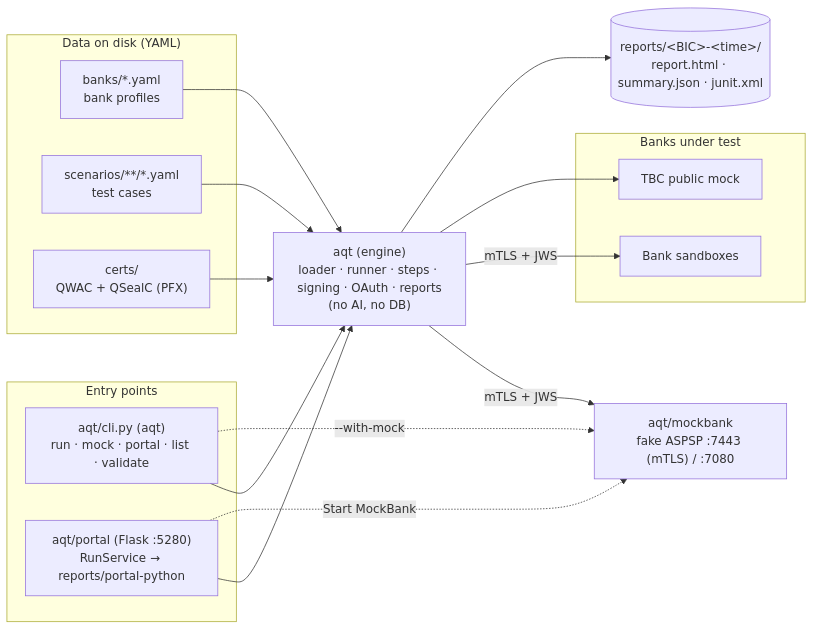
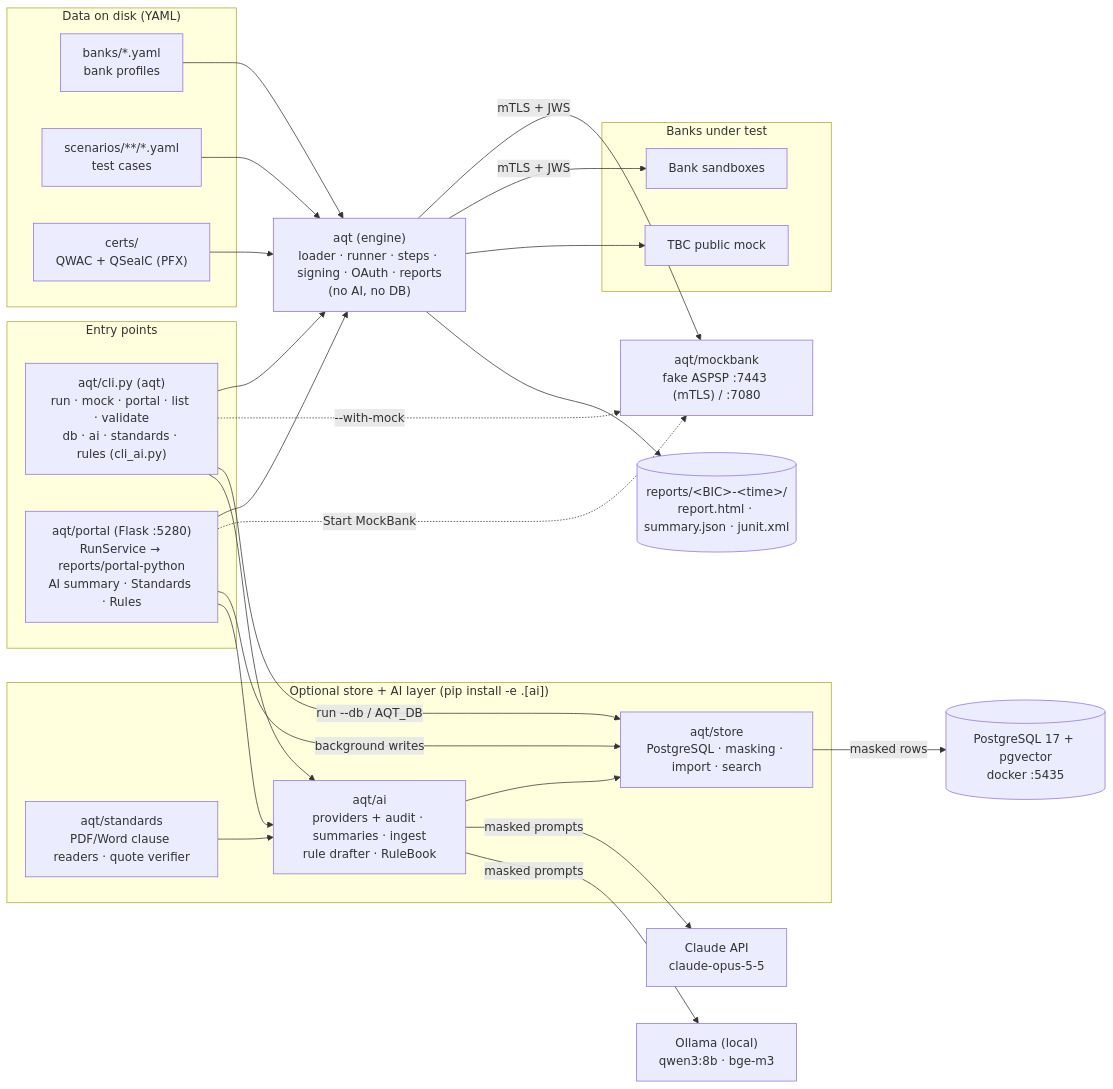
One commit to levan-petrosiani/Aurasoft-Monitoring changed the first of 6 diagrams in ARCHITECTURE.md. Above: the diagram before and after it, drawn with Mermaid. The commit also changed other lines of this file and 23 other files, not shown here.

First line of the commit message:
Python port: portal pages, tests and docs for the store/AI layer

````diff
--- a/ARCHITECTURE.md
+++ b/ARCHITECTURE.md
@@ -12,34 +12,53 @@
 ```mermaid
 flowchart LR
     subgraph Inputs["Data on disk (YAML)"]
         Banks["banks/*.yaml<br/>bank profiles"]
         Scen["scenarios/**/*.yaml<br/>test cases"]
         Certs["certs/<br/>QWAC + QSealC (PFX)"]
     end
 
     subgraph Hosts["Entry points"]
-        Cli["aqt/cli.py (aqt)<br/>run · mock · portal · list · validate"]
-        Portal["aqt/portal (Flask :5280)<br/>RunService → reports/portal-python"]
+        Cli["aqt/cli.py (aqt)<br/>run · mock · portal · list · validate<br/>db · ai · standards · rules (cli_ai.py)"]
+        Portal["aqt/portal (Flask :5280)<br/>RunService → reports/portal-python<br/>AI summary · Standards · Rules"]
     end
+
+    subgraph AiLayer["Optional store + AI layer (pip install -e .[ai])"]
+        Store["aqt/store<br/>PostgreSQL · masking · import · search"]
+        Std["aqt/standards<br/>PDF/Word clause readers · quote verifier"]
+        AI["aqt/ai<br/>providers + audit · summaries · ingest<br/>rule drafter · RuleBook"]
+    end
+    PG[("PostgreSQL 17 + pgvector<br/>docker :5435")]
+    Claude["Claude API<br/>claude-opus-5-5"]
+    Ollama["Ollama (local)<br/>qwen3:8b · bge-m3"]
 
     Engine["aqt (engine)<br/>loader · runner · steps · signing · OAuth · reports<br/>(no AI, no DB)"]
     Mock["aqt/mockbank<br/>fake ASPSP :7443 (mTLS) / :7080"]
     Reports[("reports/&lt;BIC&gt;-&lt;time&gt;/<br/>report.html · summary.json · junit.xml")]
 
     subgraph Targets["Banks under test"]
         Real["Bank sandboxes"]
         TbcMock["TBC public mock"]
     end
 
     Banks --> Engine
     Scen --> Engine
     Certs --> Engine
     Cli --> Engine
     Portal --> Engine
     Cli -. "--with-mock" .-> Mock
     Portal -. "Start MockBank" .-> Mock
     Engine -- "mTLS + JWS" --> Mock
     Engine -- "mTLS + JWS" --> Real
     Engine --> TbcMock
     Engine --> Reports
+
+    Cli -- "run --db / AQT_DB" --> Store
+    Portal -- "background writes" --> Store
+    Cli --> AI
+    Portal --> AI
+    Std --> AI
+    AI --> Store
+    Store -- "masked rows" --> PG
+    AI -- "masked prompts" --> Claude
+    AI -- "masked prompts" --> Ollama
 ```
````
